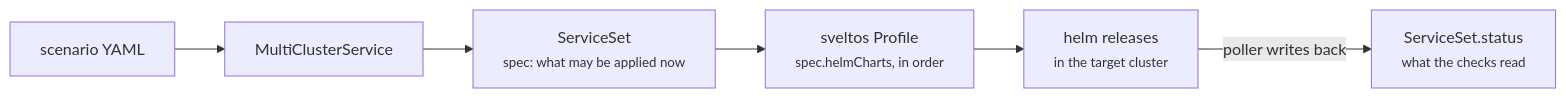
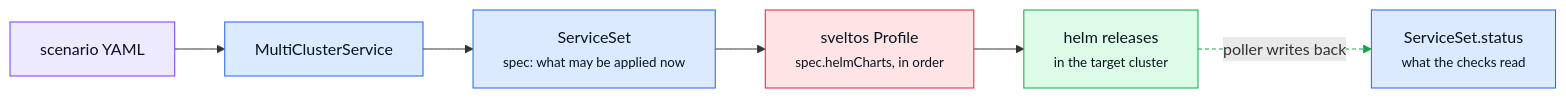
Before and after one commit to josef-hak/k0rdent-ksm-tests: the second of 2 diagrams in README.md, drawn with Mermaid. The commit also changed other lines of this file, not shown here.

Commit message:
docs: colour the README diagrams

````diff
--- a/README.md
+++ b/README.md
@@ -39,8 +51,20 @@
 ```mermaid
 flowchart LR
     Y["scenario YAML"] --> M["MultiClusterService"]
     M --> S["ServiceSet<br/><small>spec: what may be applied now</small>"]
     S --> P["sveltos Profile<br/><small>spec.helmCharts, in order</small>"]
     P --> H["helm releases<br/><small>in the target cluster</small>"]
     H -- "poller writes back" --> ST["ServiceSet.status<br/><small>what the checks read</small>"]
+
+    classDef ours fill:#ede9fe,stroke:#7c3aed,stroke-width:1px,color:#0b1220
+    classDef kcm fill:#dbeafe,stroke:#2563eb,stroke-width:1px,color:#0b1220
+    classDef sveltos fill:#ffe4e6,stroke:#e11d48,stroke-width:1px,color:#0b1220
+    classDef cluster fill:#dcfce7,stroke:#16a34a,stroke-width:1px,color:#0b1220
+
+    class Y ours
+    class M,S,ST kcm
+    class P sveltos
+    class H cluster
+
+    linkStyle 4 stroke:#16a34a,stroke-width:1px,stroke-dasharray:4 3
 ```
````
